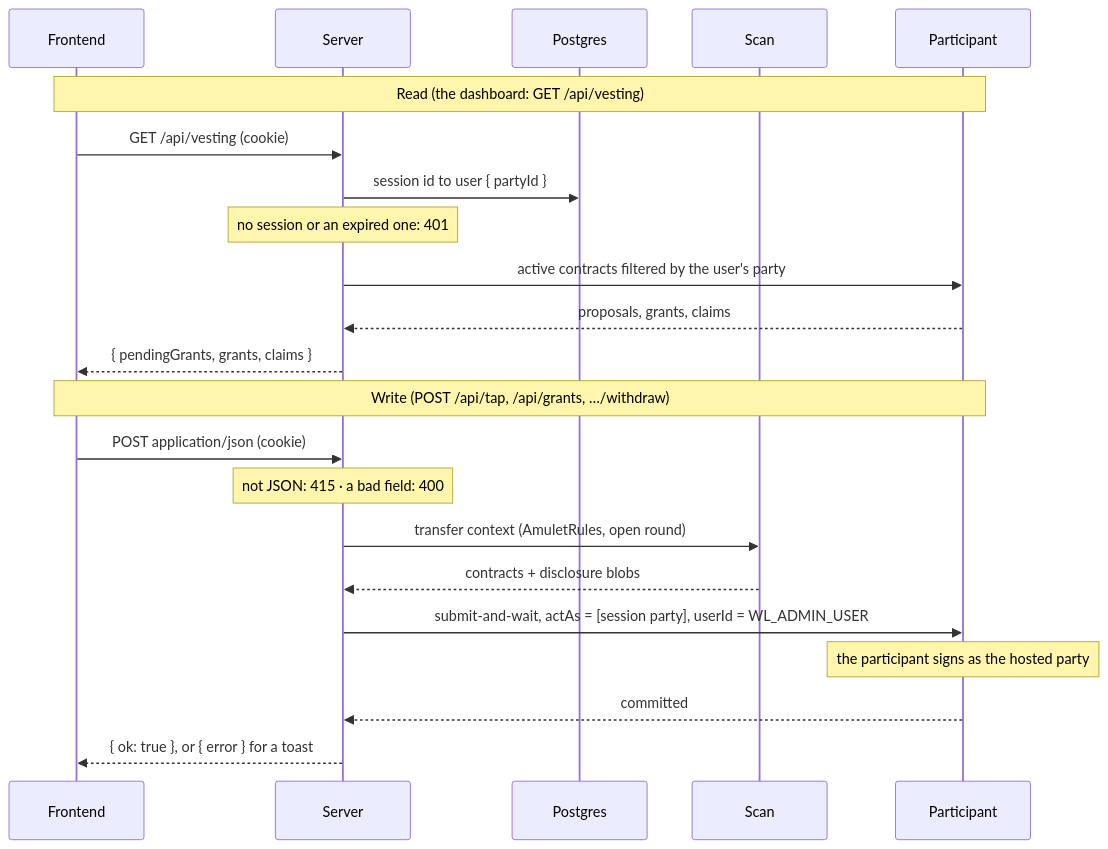
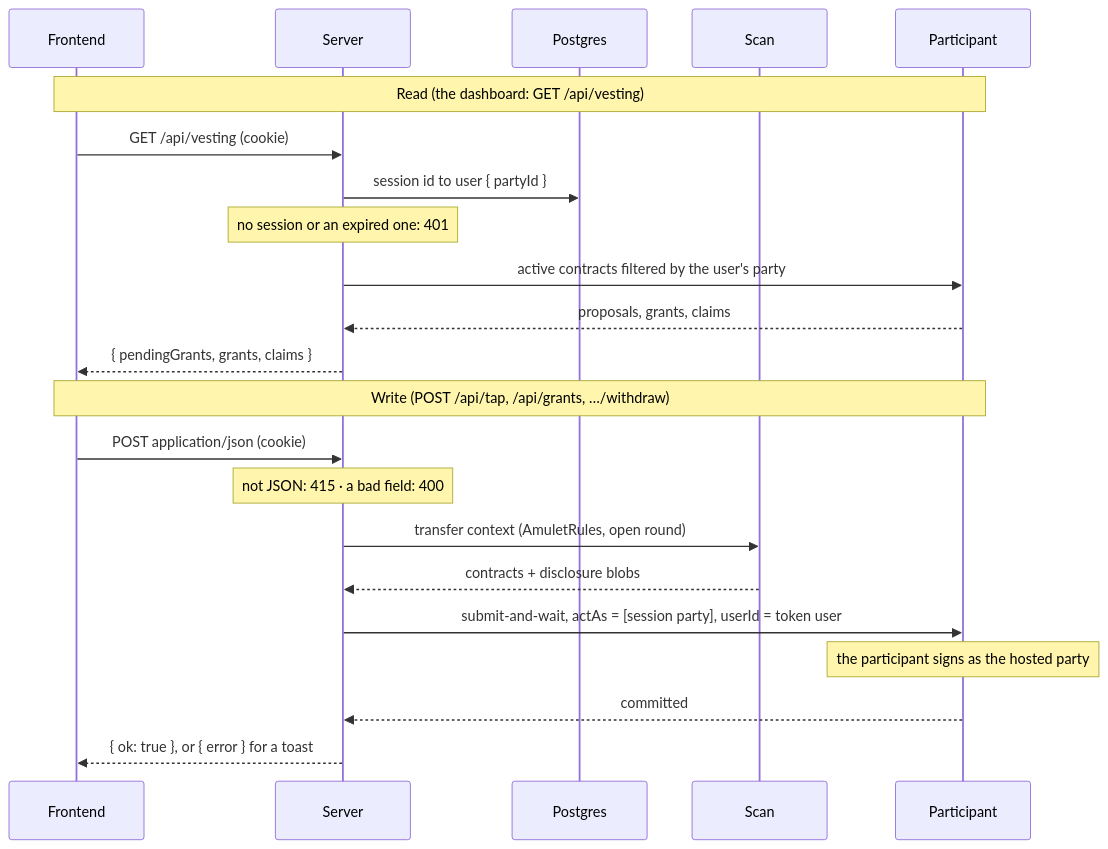
Before and after one commit to BootNodeDev/canton-dappbooster: the second of 2 diagrams in example-dapps/amulet-vesting-walletless/architecture.md, drawn with Mermaid. The commit also changed other lines of this file and 7 other files, not shown here.

First line of the commit message:
fix(amulet-vesting-walletless): submit as the user the ledger token names

````diff
--- a/example-dapps/amulet-vesting-walletless/architecture.md
+++ b/example-dapps/amulet-vesting-walletless/architecture.md
@@ -97,26 +97,26 @@
 ```mermaid
 sequenceDiagram
   participant FE as Frontend
   participant S as Server
   participant DB as Postgres
   participant Scan
   participant P as Participant
 
   Note over FE,P: Read (the dashboard: GET /api/vesting)
   FE->>S: GET /api/vesting (cookie)
   S->>DB: session id to user { partyId }
   Note over S: no session or an expired one: 401
   S->>P: active contracts filtered by the user's party
   P-->>S: proposals, grants, claims
   S-->>FE: { pendingGrants, grants, claims }
 
   Note over FE,P: Write (POST /api/tap, /api/grants, …/withdraw)
   FE->>S: POST application/json (cookie)
   Note over S: not JSON: 415 · a bad field: 400
   S->>Scan: transfer context (AmuletRules, open round)
   Scan-->>S: contracts + disclosure blobs
-  S->>P: submit-and-wait, actAs = [session party], userId = WL_ADMIN_USER
+  S->>P: submit-and-wait, actAs = [session party], userId = token user
   Note over P: the participant signs as the hosted party
   P-->>S: committed
   S-->>FE: { ok: true }, or { error } for a toast
 ```
````
